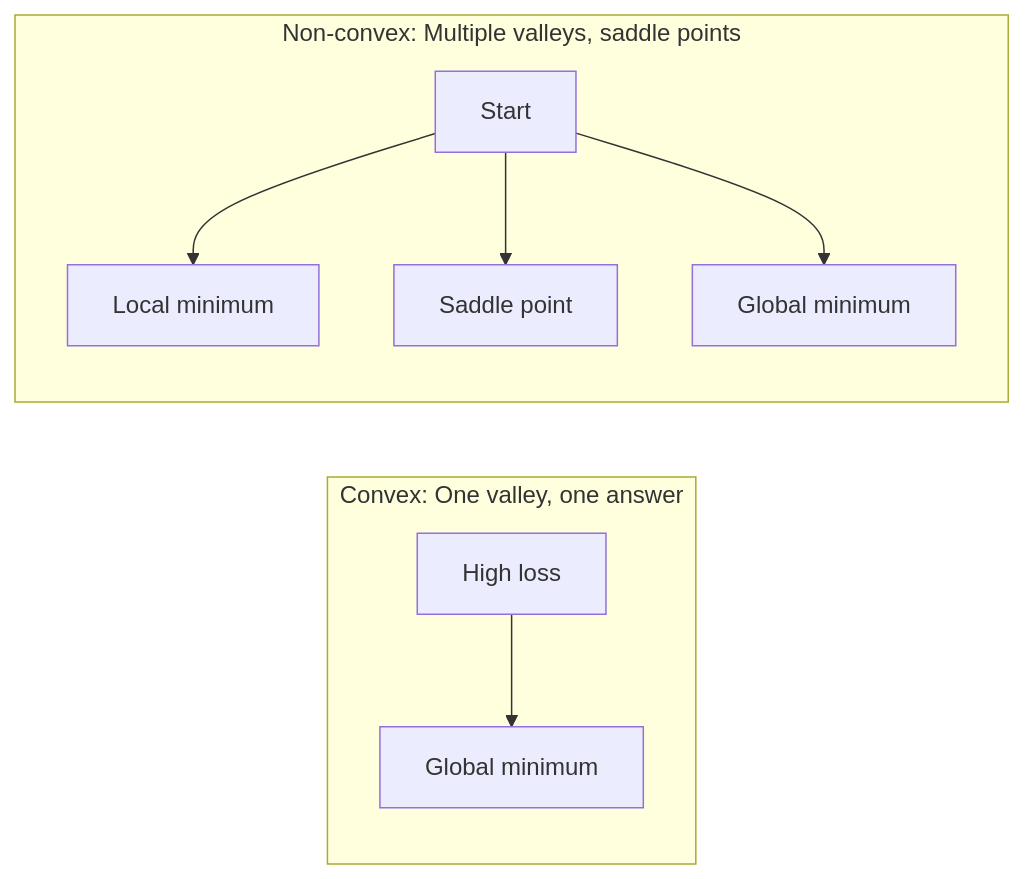
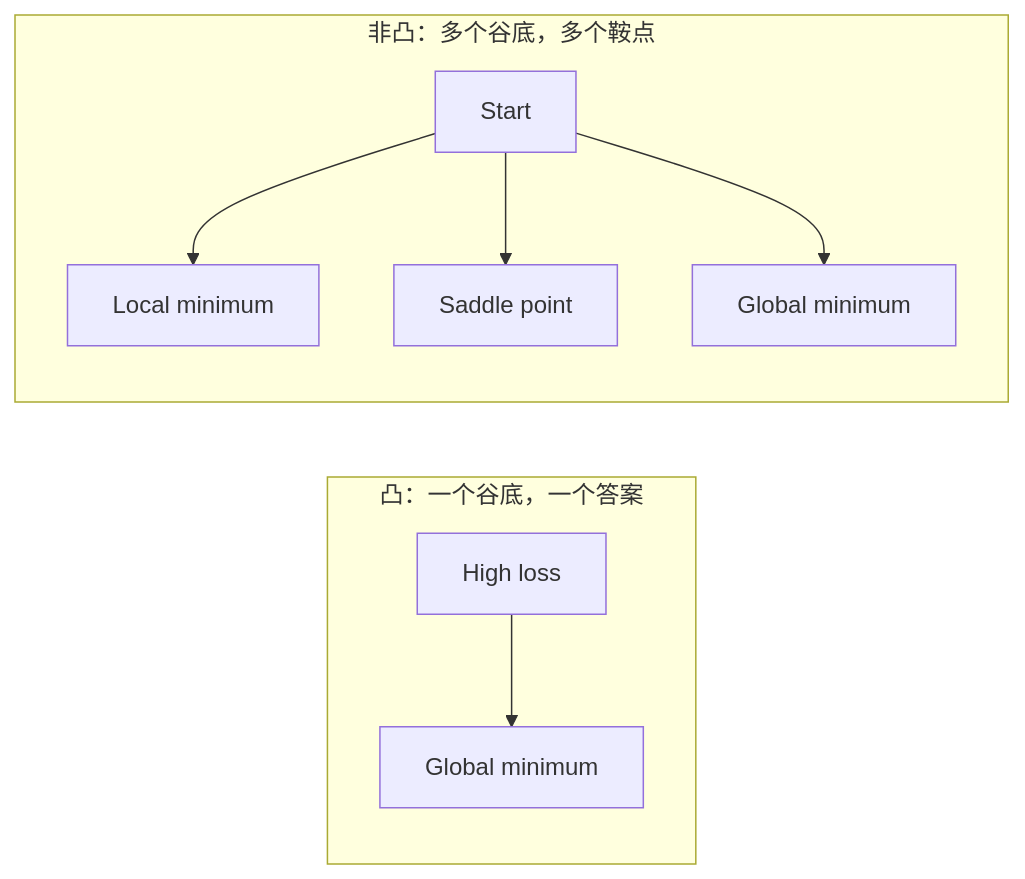
One commit to omigaZen/ai-engineering-from-scratch changed the fourth of 5 diagrams in phases/01-math-foundations/08-optimization/docs/zh.md. Above: the diagram before and after it, drawn with Mermaid. The commit also changed other lines of this file, not shown here.

````diff
--- a/phases/01-math-foundations/08-optimization/docs/zh.md
+++ b/phases/01-math-foundations/08-optimization/docs/zh.md
@@ -167,13 +167,13 @@
 ```mermaid
 graph LR
-    subgraph Convex["Convex: One valley, one answer"]
+    subgraph Convex["凸：一个谷底，一个答案"]
         direction TB
         CV1["High loss"] --> CV2["Global minimum"]
     end
-    subgraph NonConvex["Non-convex: Multiple valleys, saddle points"]
+    subgraph NonConvex["非凸：多个谷底，多个鞍点"]
         direction TB
         NC1["Start"] --> NC2["Local minimum"]
         NC1 --> NC3["Saddle point"]
         NC1 --> NC4["Global minimum"]
     end
 ```
````
